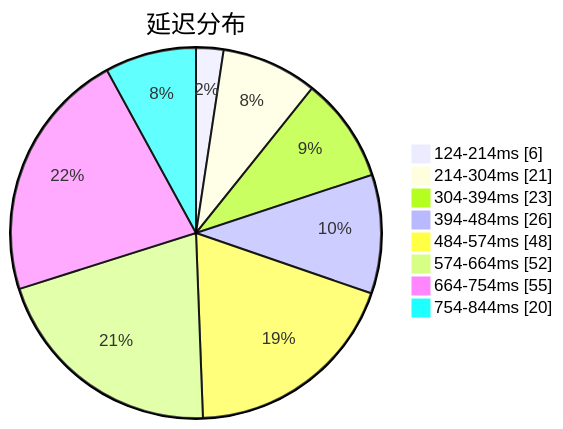
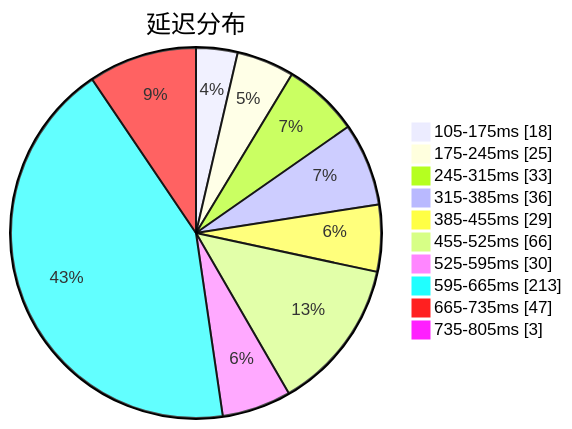
Before and after one commit to sinspired/airport: the first of 3 diagrams in subs/statistics/tested_within.md, drawn with Mermaid. The commit also changed other lines of this file and 2 other files, not shown here.

````diff
--- a/subs/statistics/tested_within.md
+++ b/subs/statistics/tested_within.md
@@ -2,12 +2,14 @@
 ```mermaid
 pie showData
 title 延迟分布
-"124-214ms" : 6
-"214-304ms" : 21
-"304-394ms" : 23
-"394-484ms" : 26
-"484-574ms" : 48
-"574-664ms" : 52
-"664-754ms" : 55
-"754-844ms" : 20
+"105-175ms" : 18
+"175-245ms" : 25
+"245-315ms" : 33
+"315-385ms" : 36
+"385-455ms" : 29
+"455-525ms" : 66
+"525-595ms" : 30
+"595-665ms" : 213
+"665-735ms" : 47
+"735-805ms" : 3
 ```
````
